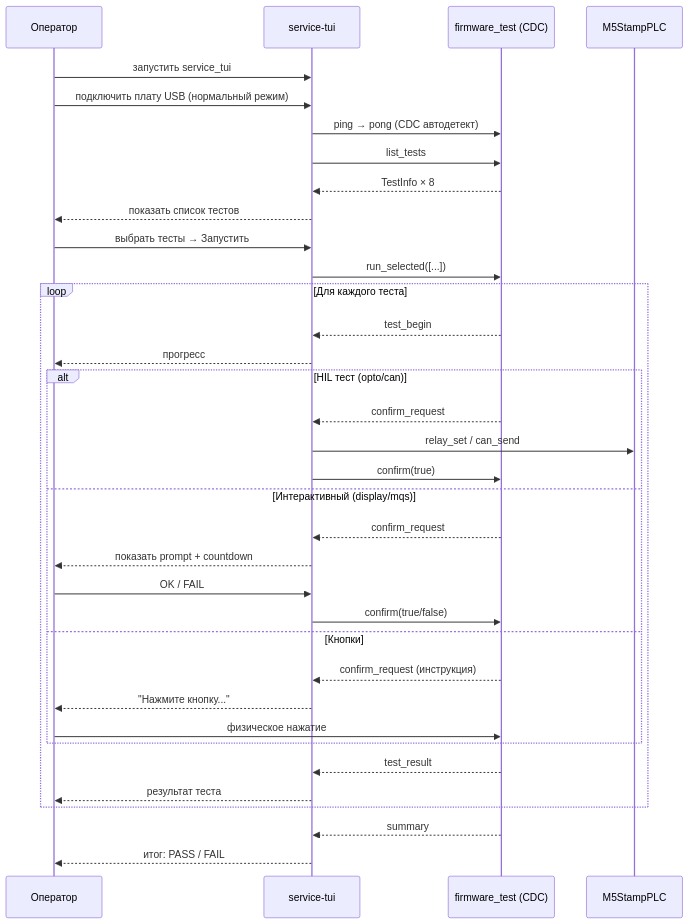
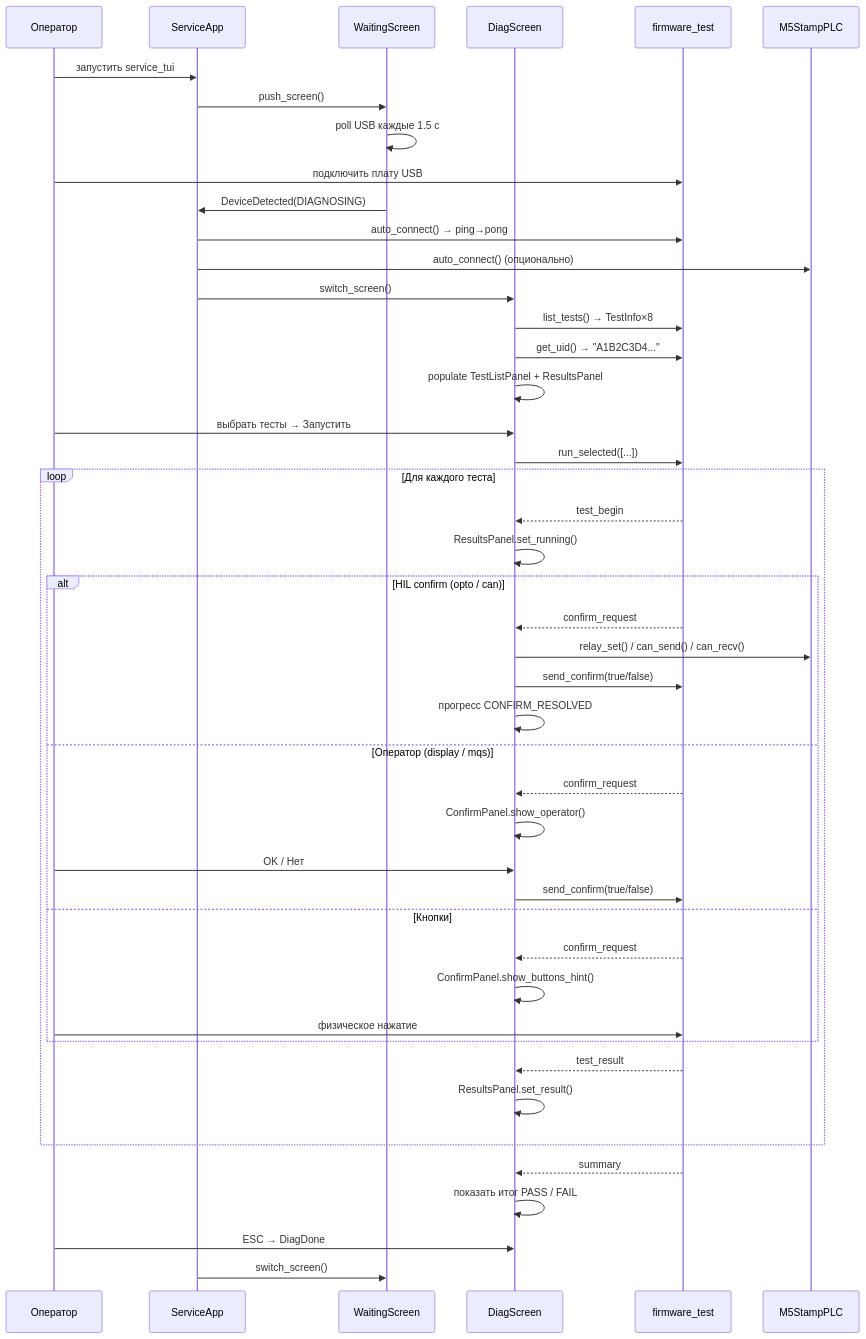
Before and after one commit to OSabuser/tft_manufacture_test: the sixth of 6 diagrams in tools/production/README.md, drawn with Mermaid. The commit also changed other lines of this file and 24 other files, not shown here.

Commit message:
# firmware_test: TUI app current state

````diff
--- a/tools/production/README.md
+++ b/tools/production/README.md
@@ -230,43 +526,55 @@
 ```mermaid
 sequenceDiagram
     participant OP as Оператор
-    participant TUI as service-tui
-    participant FW as firmware_test (CDC)
+    participant TUI as ServiceApp
+    participant WS as WaitingScreen
+    participant DS as DiagScreen
+    participant FW as firmware_test
     participant M5 as M5StampPLC
 
     OP->>TUI: запустить service_tui
-    OP->>TUI: подключить плату USB (нормальный режим)
-    TUI->>FW: ping → pong (CDC автодетект)
-    TUI->>FW: list_tests
-    FW-->>TUI: TestInfo × 8
-    TUI-->>OP: показать список тестов
+    TUI->>WS: push_screen()
+    WS->>WS: poll USB каждые 1.5 с
 
-    OP->>TUI: выбрать тесты → Запустить
-    TUI->>FW: run_selected([...])
+    OP->>FW: подключить плату USB
+    WS->>TUI: DeviceDetected(DIAGNOSING)
+    TUI->>FW: auto_connect() → ping→pong
+    TUI->>M5: auto_connect() (опционально)
+    TUI->>DS: switch_screen()
+
+    DS->>FW: list_tests() → TestInfo×8
+    DS->>FW: get_uid() → "A1B2C3D4..."
+    DS->>DS: populate TestListPanel + ResultsPanel
+
+    OP->>DS: выбрать тесты → Запустить
+    DS->>FW: run_selected([...])
 
     loop Для каждого теста
-        FW-->>TUI: test_begin
-        TUI-->>OP: прогресс
+        FW-->>DS: test_begin
+        DS->>DS: ResultsPanel.set_running()
 
-        alt HIL тест (opto/can)
-            FW-->>TUI: confirm_request
-            TUI->>M5: relay_set / can_send
-            TUI->>FW: confirm(true)
-        else Интерактивный (display/mqs)
-            FW-->>TUI: confirm_request
-            TUI-->>OP: показать prompt + countdown
-            OP->>TUI: OK / FAIL
-            TUI->>FW: confirm(true/false)
+        alt HIL confirm (opto / can)
+            FW-->>DS: confirm_request
+            DS->>M5: relay_set() / can_send() / can_recv()
+            DS->>FW: send_confirm(true/false)
+            DS->>DS: прогресс CONFIRM_RESOLVED
+        else Оператор (display / mqs)
+            FW-->>DS: confirm_request
+            DS->>DS: ConfirmPanel.show_operator()
+            OP->>DS: OK / Нет
+            DS->>FW: send_confirm(true/false)
         else Кнопки
-            FW-->>TUI: confirm_request (инструкция)
-            TUI-->>OP: "Нажмите кнопку..."
+            FW-->>DS: confirm_request
+            DS->>DS: ConfirmPanel.show_buttons_hint()
             OP->>FW: физическое нажатие
         end
 
-        FW-->>TUI: test_result
-        TUI-->>OP: результат теста
+        FW-->>DS: test_result
+        DS->>DS: ResultsPanel.set_result()
     end
 
-    FW-->>TUI: summary
-    TUI-->>OP: итог: PASS / FAIL
+    FW-->>DS: summary
+    DS->>DS: показать итог PASS / FAIL
+    OP->>DS: ESC → DiagDone
+    TUI->>WS: switch_screen()
 ```
````
